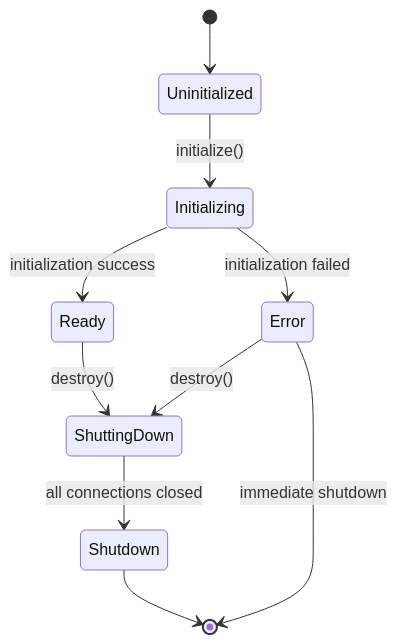
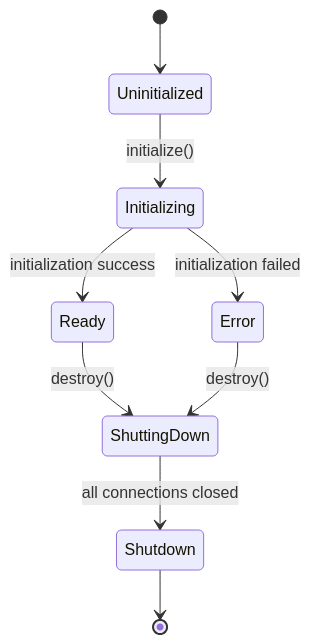
One commit to kencom2400/MrWebDefence-Console changed the second of 3 diagrams in docs/detailed-design/MWD-81_database-connection-pool/class-diagrams.md. Above: the diagram before and after it, drawn with Mermaid. The commit also changed other lines of this file and 4 other files, not shown here.

````diff
--- a/docs/detailed-design/MWD-81_database-connection-pool/class-diagrams.md
+++ b/docs/detailed-design/MWD-81_database-connection-pool/class-diagrams.md
@@ -108,12 +106,11 @@
 ```mermaid
 stateDiagram-v2
     [*] --> Uninitialized
     Uninitialized --> Initializing: initialize()
     Initializing --> Ready: initialization success
     Initializing --> Error: initialization failed
     Ready --> ShuttingDown: destroy()
     ShuttingDown --> Shutdown: all connections closed
     Shutdown --> [*]
     Error --> ShuttingDown: destroy()
-    Error --> [*]: immediate shutdown
 ```
````
